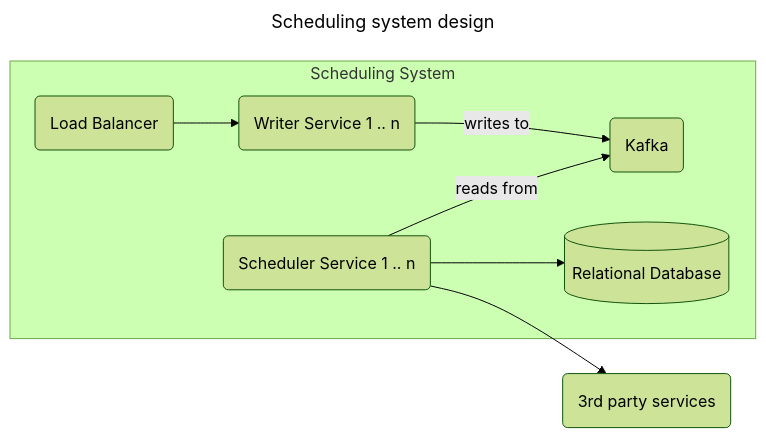
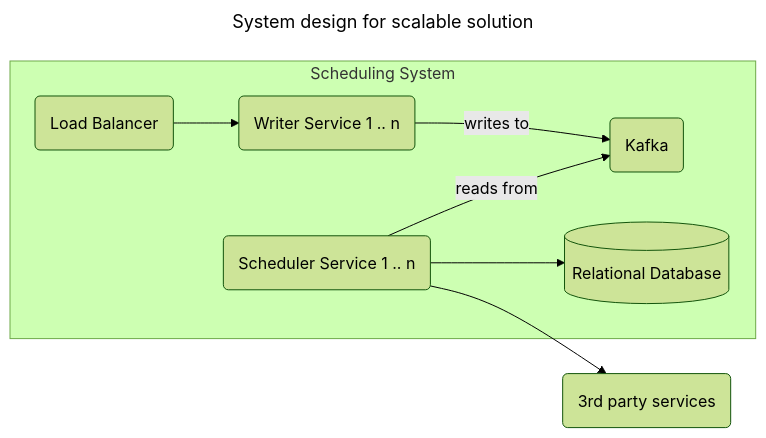
One commit to pkafel/interview-cracker changed the third of 5 diagrams in src/main/java/com/piotrkafel/atlassian/schedulingSystem.md. Above: the diagram before and after it, drawn with Mermaid (forest theme). The commit also changed other lines of this file, not shown here.

Commit message:
Update Atlassian scheduling service design

````diff
--- a/src/main/java/com/piotrkafel/atlassian/schedulingSystem.md
+++ b/src/main/java/com/piotrkafel/atlassian/schedulingSystem.md
@@ -18,13 +98,13 @@
 ```mermaid
 ---
-title: Scheduling system design
+title: System design for scalable solution
 ---
 flowchart LR
 subgraph Scheduling System
 lb(Load Balancer) --> writers(Writer Service 1 .. n)
 writers -- writes to --> kafka(Kafka)
 schedulers(Scheduler Service 1 .. n) -- reads from --> kafka
 schedulers --> db[(Relational Database)]
 end
-schedulers --> 3rdparty(3rd party services)
+schedulers --> thirdparty(3rd party services)
 ```
````
